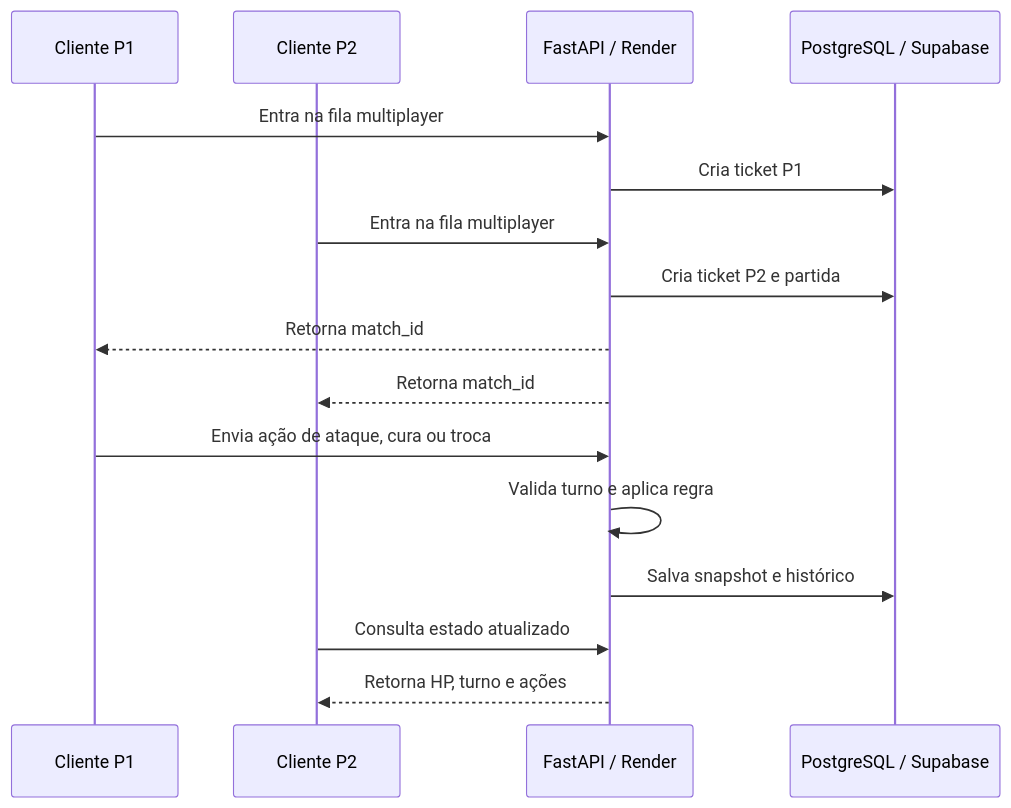
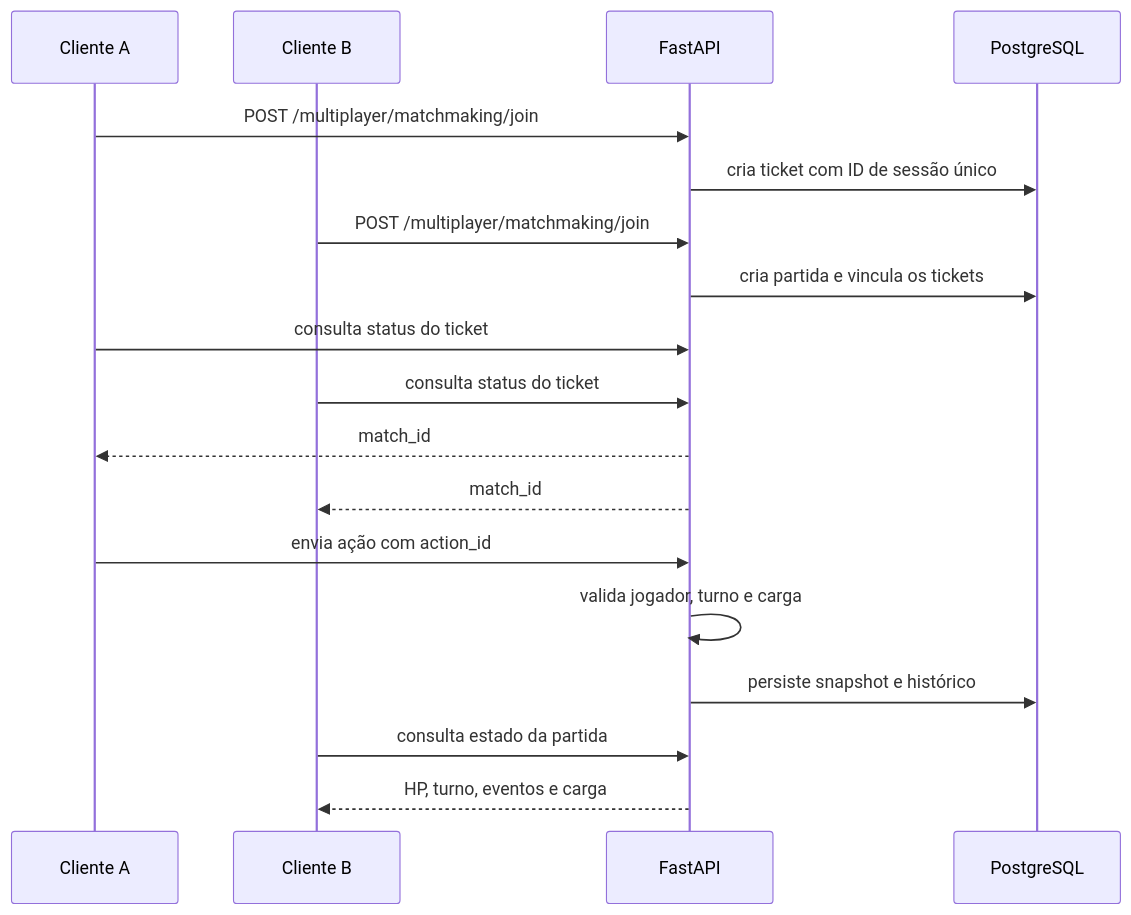
The diagram in README.md (Edu0032/PokePyGame), drawn with Mermaid before and after one commit. The commit also changed other lines of this file and 89 other files, not shown here.

````diff
--- a/README.md
+++ b/README.md
@@ -61,19 +76,21 @@
 ```mermaid
 sequenceDiagram
-    participant Player1 as Cliente P1
-    participant Player2 as Cliente P2
-    participant API as FastAPI / Render
-    participant DB as PostgreSQL / Supabase
+    participant A as Cliente A
+    participant B as Cliente B
+    participant API as FastAPI
+    participant DB as PostgreSQL
 
-    Player1->>API: Entra na fila multiplayer
-    API->>DB: Cria ticket P1
-    Player2->>API: Entra na fila multiplayer
-    API->>DB: Cria ticket P2 e partida
-    API-->>Player1: Retorna match_id
-    API-->>Player2: Retorna match_id
-    Player1->>API: Envia ação de ataque, cura ou troca
-    API->>API: Valida turno e aplica regra
-    API->>DB: Salva snapshot e histórico
-    Player2->>API: Consulta estado atualizado
-    API-->>Player2: Retorna HP, turno e ações
+    A->>API: POST /multiplayer/matchmaking/join
+    API->>DB: cria ticket com ID de sessão único
+    B->>API: POST /multiplayer/matchmaking/join
+    API->>DB: cria partida e vincula os tickets
+    A->>API: consulta status do ticket
+    B->>API: consulta status do ticket
+    API-->>A: match_id
+    API-->>B: match_id
+    A->>API: envia ação com action_id
+    API->>API: valida jogador, turno e carga
+    API->>DB: persiste snapshot e histórico
+    B->>API: consulta estado da partida
+    API-->>B: HP, turno, eventos e carga
 ```
````
